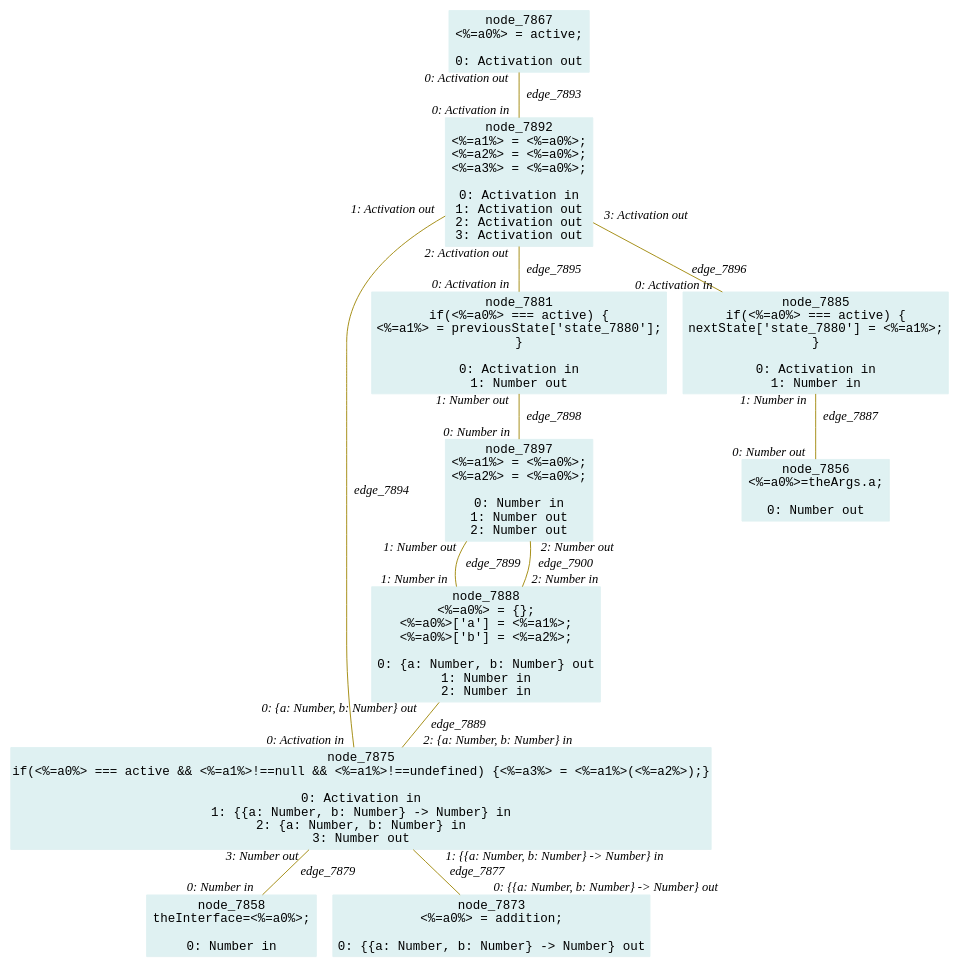
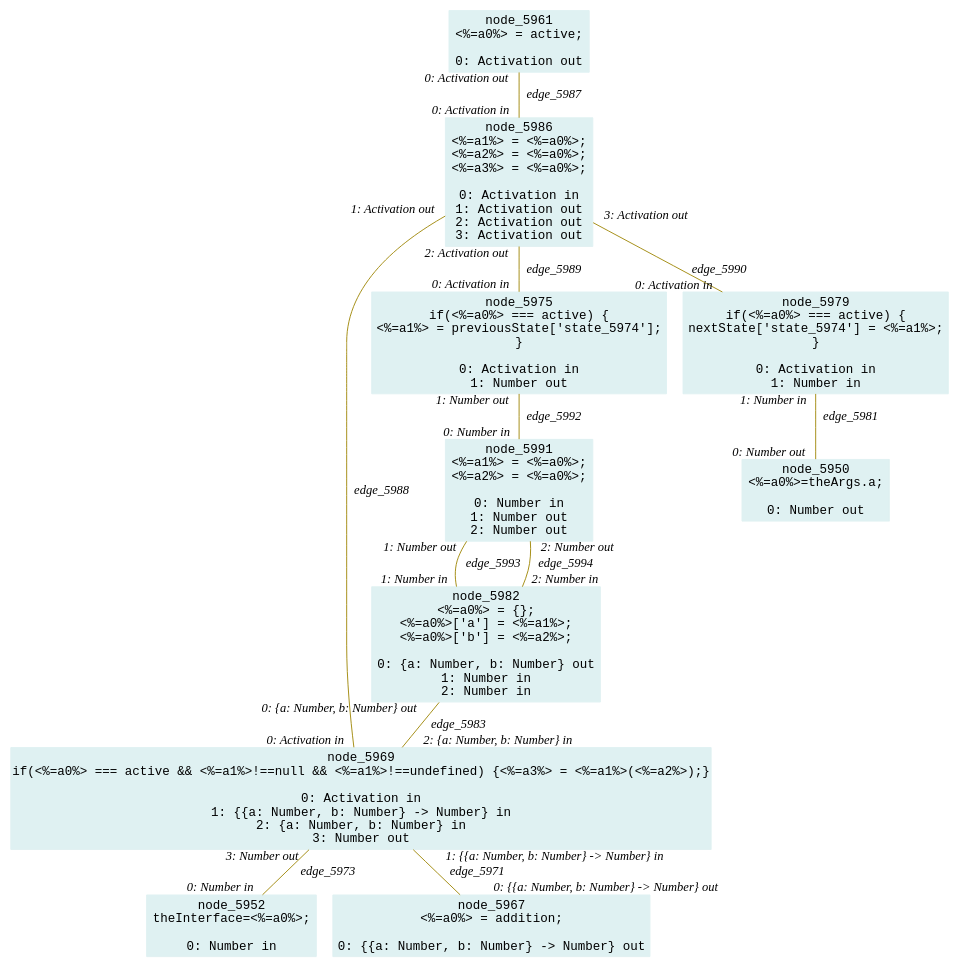
One commit to crubier/lidl changed the diagram in lidl-core/example/ok/sumOfPrevious/dot/46resolveMultiplePorts1.dot. Above: the diagram before and after it, drawn with Graphviz. The commit also changed 983 other files, not shown here.

```diff
--- a/lidl-core/example/ok/sumOfPrevious/dot/46resolveMultiplePorts1.dot
+++ b/lidl-core/example/ok/sumOfPrevious/dot/46resolveMultiplePorts1.dot
@@ -1,73 +1,73 @@
-digraph g{node_7856 [shape="box", style="filled", color="#dff1f2", fontname="Courier", label="node_7856
+digraph g{node_5950 [shape="box", style="filled", color="#dff1f2", fontname="Courier", label="node_5950
 <%=a0%>=theArgs.a;
 
 0: Number out" ]
-node_7858 [shape="box", style="filled", color="#dff1f2", fontname="Courier", label="node_7858
+node_5952 [shape="box", style="filled", color="#dff1f2", fontname="Courier", label="node_5952
 theInterface=<%=a0%>;
 
 0: Number in" ]
-node_7867 [shape="box", style="filled", color="#dff1f2", fontname="Courier", label="node_7867
+node_5961 [shape="box", style="filled", color="#dff1f2", fontname="Courier", label="node_5961
 <%=a0%> = active;
 
 0: Activation out" ]
-node_7873 [shape="box", style="filled", color="#dff1f2", fontname="Courier", label="node_7873
+node_5967 [shape="box", style="filled", color="#dff1f2", fontname="Courier", label="node_5967
 <%=a0%> = addition;
 
 0: {{a: Number, b: Number} -> Number} out" ]
-node_7875 [shape="box", style="filled", color="#dff1f2", fontname="Courier", label="node_7875
+node_5969 [shape="box", style="filled", color="#dff1f2", fontname="Courier", label="node_5969
 if(<%=a0%> === active && <%=a1%>!==null && <%=a1%>!==undefined) {<%=a3%> = <%=a1%>(<%=a2%>);}
 
 0: Activation in
 1: {{a: Number, b: Number} -> Number} in
 2: {a: Number, b: Number} in
 3: Number out" ]
-node_7881 [shape="box", style="filled", color="#dff1f2", fontname="Courier", label="node_7881
+node_5975 [shape="box", style="filled", color="#dff1f2", fontname="Courier", label="node_5975
 if(<%=a0%> === active) {
-<%=a1%> = previousState['state_7880'];
+<%=a1%> = previousState['state_5974'];
 }
 
 0: Activation in
 1: Number out" ]
-node_7885 [shape="box", style="filled", color="#dff1f2", fontname="Courier", label="node_7885
+node_5979 [shape="box", style="filled", color="#dff1f2", fontname="Courier", label="node_5979
 if(<%=a0%> === active) {
-nextState['state_7880'] = <%=a1%>;
+nextState['state_5974'] = <%=a1%>;
 }
 
 0: Activation in
 1: Number in" ]
-node_7888 [shape="box", style="filled", color="#dff1f2", fontname="Courier", label="node_7888
+node_5982 [shape="box", style="filled", color="#dff1f2", fontname="Courier", label="node_5982
 <%=a0%> = {};
 <%=a0%>['a'] = <%=a1%>;
 <%=a0%>['b'] = <%=a2%>;
 
 0: {a: Number, b: Number} out
 1: Number in
 2: Number in" ]
-node_7892 [shape="box", style="filled", color="#dff1f2", fontname="Courier", label="node_7892
+node_5986 [shape="box", style="filled", color="#dff1f2", fontname="Courier", label="node_5986
 <%=a1%> = <%=a0%>;
 <%=a2%> = <%=a0%>;
 <%=a3%> = <%=a0%>;
 
 0: Activation in
 1: Activation out
 2: Activation out
 3: Activation out" ]
-node_7897 [shape="box", style="filled", color="#dff1f2", fontname="Courier", label="node_7897
+node_5991 [shape="box", style="filled", color="#dff1f2", fontname="Courier", label="node_5991
 <%=a1%> = <%=a0%>;
 <%=a2%> = <%=a0%>;
 
 0: Number in
 1: Number out
 2: Number out" ]
-node_7875 -> node_7873 [dir=none, arrowHead=none, fontname="Times-Italic", arrowsize=1, color="#9d8400", label="edge_7877",  headlabel="0: {{a: Number, b: Number} -> Number} out", taillabel="1: {{a: Number, b: Number} -> Number} in" ]
-node_7875 -> node_7858 [dir=none, arrowHead=none, fontname="Times-Italic", arrowsize=1, color="#9d8400", label="edge_7879",  headlabel="0: Number in", taillabel="3: Number out" ]
-node_7885 -> node_7856 [dir=none, arrowHead=none, fontname="Times-Italic", arrowsize=1, color="#9d8400", label="edge_7887",  headlabel="0: Number out", taillabel="1: Number in" ]
-node_7888 -> node_7875 [dir=none, arrowHead=none, fontname="Times-Italic", arrowsize=1, color="#9d8400", label="edge_7889",  headlabel="2: {a: Number, b: Number} in", taillabel="0: {a: Number, b: Number} out" ]
-node_7867 -> node_7892 [dir=none, arrowHead=none, fontname="Times-Italic", arrowsize=1, color="#9d8400", label="edge_7893",  headlabel="0: Activation in", taillabel="0: Activation out" ]
-node_7892 -> node_7875 [dir=none, arrowHead=none, fontname="Times-Italic", arrowsize=1, color="#9d8400", label="edge_7894",  headlabel="0: Activation in", taillabel="1: Activation out" ]
-node_7892 -> node_7881 [dir=none, arrowHead=none, fontname="Times-Italic", arrowsize=1, color="#9d8400", label="edge_7895",  headlabel="0: Activation in", taillabel="2: Activation out" ]
-node_7892 -> node_7885 [dir=none, arrowHead=none, fontname="Times-Italic", arrowsize=1, color="#9d8400", label="edge_7896",  headlabel="0: Activation in", taillabel="3: Activation out" ]
-node_7881 -> node_7897 [dir=none, arrowHead=none, fontname="Times-Italic", arrowsize=1, color="#9d8400", label="edge_7898",  headlabel="0: Number in", taillabel="1: Number out" ]
-node_7897 -> node_7888 [dir=none, arrowHead=none, fontname="Times-Italic", arrowsize=1, color="#9d8400", label="edge_7899",  headlabel="1: Number in", taillabel="1: Number out" ]
-node_7897 -> node_7888 [dir=none, arrowHead=none, fontname="Times-Italic", arrowsize=1, color="#9d8400", label="edge_7900",  headlabel="2: Number in", taillabel="2: Number out" ]
+node_5969 -> node_5967 [dir=none, arrowHead=none, fontname="Times-Italic", arrowsize=1, color="#9d8400", label="edge_5971",  headlabel="0: {{a: Number, b: Number} -> Number} out", taillabel="1: {{a: Number, b: Number} -> Number} in" ]
+node_5969 -> node_5952 [dir=none, arrowHead=none, fontname="Times-Italic", arrowsize=1, color="#9d8400", label="edge_5973",  headlabel="0: Number in", taillabel="3: Number out" ]
+node_5979 -> node_5950 [dir=none, arrowHead=none, fontname="Times-Italic", arrowsize=1, color="#9d8400", label="edge_5981",  headlabel="0: Number out", taillabel="1: Number in" ]
+node_5982 -> node_5969 [dir=none, arrowHead=none, fontname="Times-Italic", arrowsize=1, color="#9d8400", label="edge_5983",  headlabel="2: {a: Number, b: Number} in", taillabel="0: {a: Number, b: Number} out" ]
+node_5961 -> node_5986 [dir=none, arrowHead=none, fontname="Times-Italic", arrowsize=1, color="#9d8400", label="edge_5987",  headlabel="0: Activation in", taillabel="0: Activation out" ]
+node_5986 -> node_5969 [dir=none, arrowHead=none, fontname="Times-Italic", arrowsize=1, color="#9d8400", label="edge_5988",  headlabel="0: Activation in", taillabel="1: Activation out" ]
+node_5986 -> node_5975 [dir=none, arrowHead=none, fontname="Times-Italic", arrowsize=1, color="#9d8400", label="edge_5989",  headlabel="0: Activation in", taillabel="2: Activation out" ]
+node_5986 -> node_5979 [dir=none, arrowHead=none, fontname="Times-Italic", arrowsize=1, color="#9d8400", label="edge_5990",  headlabel="0: Activation in", taillabel="3: Activation out" ]
+node_5975 -> node_5991 [dir=none, arrowHead=none, fontname="Times-Italic", arrowsize=1, color="#9d8400", label="edge_5992",  headlabel="0: Number in", taillabel="1: Number out" ]
+node_5991 -> node_5982 [dir=none, arrowHead=none, fontname="Times-Italic", arrowsize=1, color="#9d8400", label="edge_5993",  headlabel="1: Number in", taillabel="1: Number out" ]
+node_5991 -> node_5982 [dir=none, arrowHead=none, fontname="Times-Italic", arrowsize=1, color="#9d8400", label="edge_5994",  headlabel="2: Number in", taillabel="2: Number out" ]
 }
```
